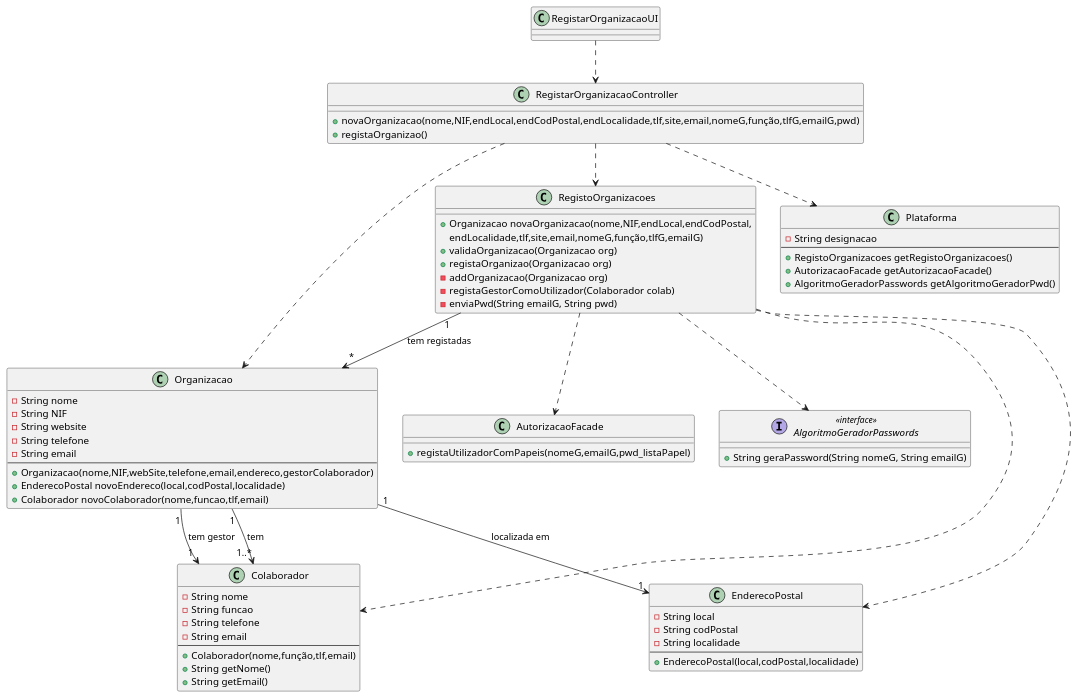
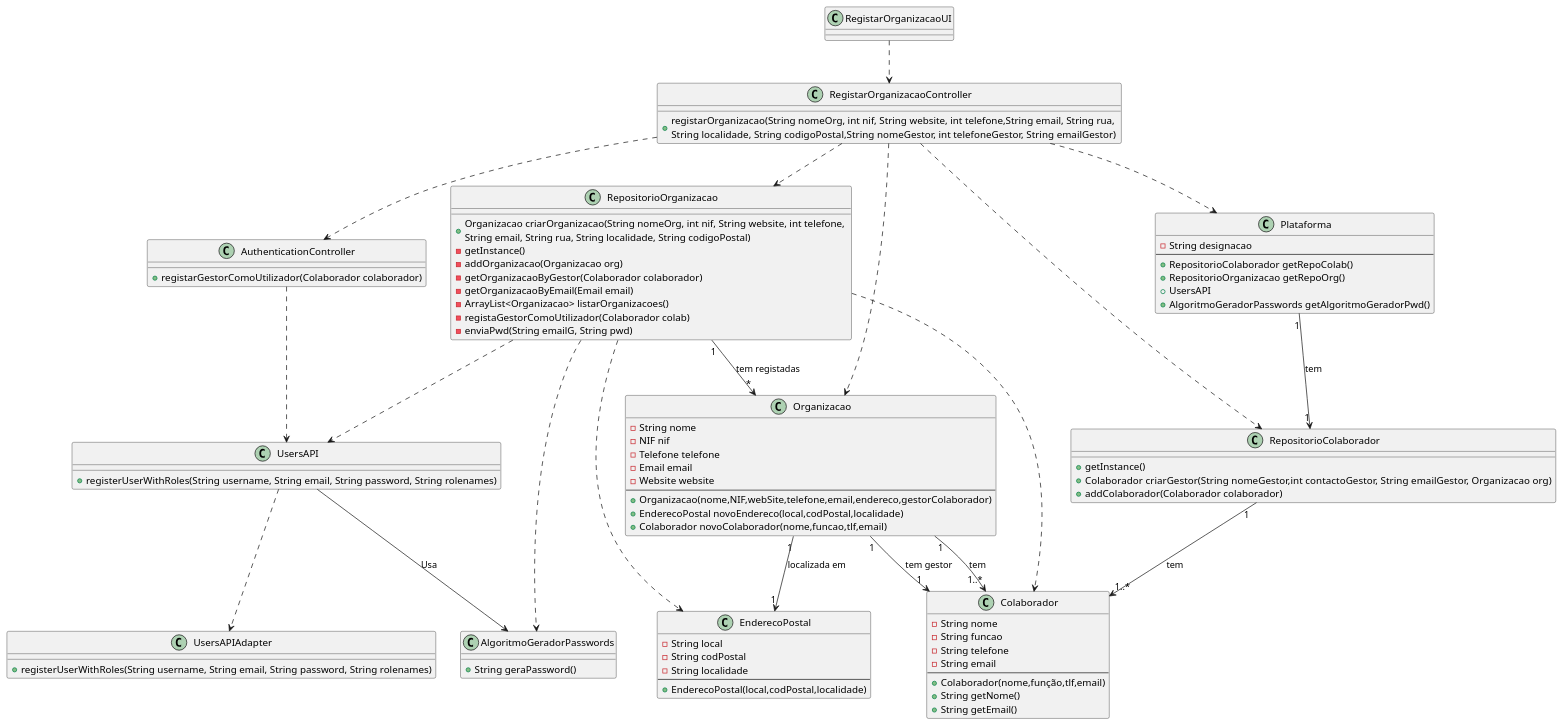
The diagram in Sprint 2/UC1_Registar_Organização/UC1_Versao_Final/UC1_DiagramaClasses.plantuml (pedro-miguez/upskill_java1_labprg_grupo3), drawn with PlantUML before and after one commit. The commit also changed 1 other file, not shown here.

Commit message:
UC1 - Diagrama de Classes

```diff
--- a/Sprint 2/UC1_Registar_Organização/UC1_Versao_Final/UC1_DiagramaClasses.plantuml
+++ b/Sprint 2/UC1_Registar_Organização/UC1_Versao_Final/UC1_DiagramaClasses.plantuml
@@ -1,70 +1,95 @@
 @startuml
 class RegistarOrganizacaoUI{
 }
 class RegistarOrganizacaoController{
-+novaOrganizacao(nome,NIF,endLocal,endCodPostal,endLocalidade,tlf,site,email,nomeG,função,tlfG,emailG,pwd)
-+registaOrganizao()
++registarOrganizacao(String nomeOrg, int nif, String website, int telefone,String email, String rua, \nString localidade, String codigoPostal,String nomeGestor, int telefoneGestor, String emailGestor)
 }
 class Organizacao{
     -String nome
-    -String NIF
-    -String website
-    -String telefone
-    -String email
+    -NIF nif
+    -Telefone telefone
+    -Email email
+    -Website website
     --
     +Organizacao(nome,NIF,webSite,telefone,email,endereco,gestorColaborador)
     +EnderecoPostal novoEndereco(local,codPostal,localidade)
     +Colaborador novoColaborador(nome,funcao,tlf,email)
 }
-class RegistoOrganizacoes{
-    +Organizacao novaOrganizacao(nome,NIF,endLocal,endCodPostal,
-    endLocalidade,tlf,site,email,nomeG,função,tlfG,emailG)
-    +validaOrganizacao(Organizacao org)
-    +registaOrganizao(Organizacao org)
+class RepositorioOrganizacao{
+    +Organizacao criarOrganizacao(String nomeOrg, int nif, String website, int telefone, \nString email, String rua, String localidade, String codigoPostal)
+    -getInstance()
     -addOrganizacao(Organizacao org)
+    -getOrganizacaoByGestor(Colaborador colaborador)
+    -getOrganizacaoByEmail(Email email)
+    -ArrayList<Organizacao> listarOrganizacoes()
     -registaGestorComoUtilizador(Colaborador colab)
     -enviaPwd(String emailG, String pwd)
 }
 class Plataforma{
     -String designacao
     --
-    +RegistoOrganizacoes getRegistoOrganizacoes()
-    +AutorizacaoFacade getAutorizacaoFacade()
+    +RepositorioColaborador getRepoColab()
+    +RepositorioOrganizacao getRepoOrg()
+    +UsersAPI
     +AlgoritmoGeradorPasswords getAlgoritmoGeradorPwd()
 }
 class EnderecoPostal{
     -String local
     -String codPostal
     -String localidade
     --
     +EnderecoPostal(local,codPostal,localidade)
 }
 class Colaborador{
     -String nome
     -String funcao
     -String telefone
     -String email
     --
     +Colaborador(nome,função,tlf,email)
     +String getNome()
     +String getEmail()
 }
-class AutorizacaoFacade{
-    +registaUtilizadorComPapeis(nomeG,emailG,pwd_listaPapel)
+class UsersAPI{
+    +registerUserWithRoles(String username, String email, String password, String rolenames)
 }
-interface AlgoritmoGeradorPasswords <<interface>>{
-    +String geraPassword(String nomeG, String emailG)
+
+class UsersAPIAdapter{
+    +registerUserWithRoles(String username, String email, String password, String rolenames)
 }
+
+class AlgoritmoGeradorPasswords{
+    +String geraPassword()
+}
+
+class AuthenticationController{
+    +registarGestorComoUtilizador(Colaborador colaborador)
+}
+
+class RepositorioColaborador{
+    +getInstance()
+    +Colaborador criarGestor(String nomeGestor,int contactoGestor, String emailGestor, Organizacao org)
+    +addColaborador(Colaborador colaborador)
+}
+
+
 RegistarOrganizacaoUI ..> RegistarOrganizacaoController
 RegistarOrganizacaoController ..> Organizacao
-RegistarOrganizacaoController ..> RegistoOrganizacoes
+RegistarOrganizacaoController ..> RepositorioOrganizacao
 RegistarOrganizacaoController ..> Plataforma
-RegistoOrganizacoes "1" --> "*" Organizacao : tem registadas
-RegistoOrganizacoes ..> AutorizacaoFacade
-RegistoOrganizacoes ..> AlgoritmoGeradorPasswords
+RegistarOrganizacaoController ..> AuthenticationController
+RegistarOrganizacaoController ..> RepositorioColaborador
+AuthenticationController ..> UsersAPI
+UsersAPI --> AlgoritmoGeradorPasswords : Usa
+UsersAPI ..> UsersAPIAdapter
+Plataforma "1" --> "1" RepositorioColaborador : tem
+RepositorioColaborador "1"--> "1..*" Colaborador : tem
+RepositorioOrganizacao "1" --> "*" Organizacao : tem registadas
+RepositorioOrganizacao ..> UsersAPI
+RepositorioOrganizacao ..> AlgoritmoGeradorPasswords
 Organizacao "1" --> "1" EnderecoPostal : localizada em
 Organizacao "1" --> "1..*" Colaborador : tem
 Organizacao "1" --> "1" Colaborador: tem gestor
-RegistoOrganizacoes ..> Colaborador
-RegistoOrganizacoes ..> EnderecoPostal
+RepositorioOrganizacao ..> Colaborador
+RepositorioOrganizacao ..> EnderecoPostal
 @enduml
```
